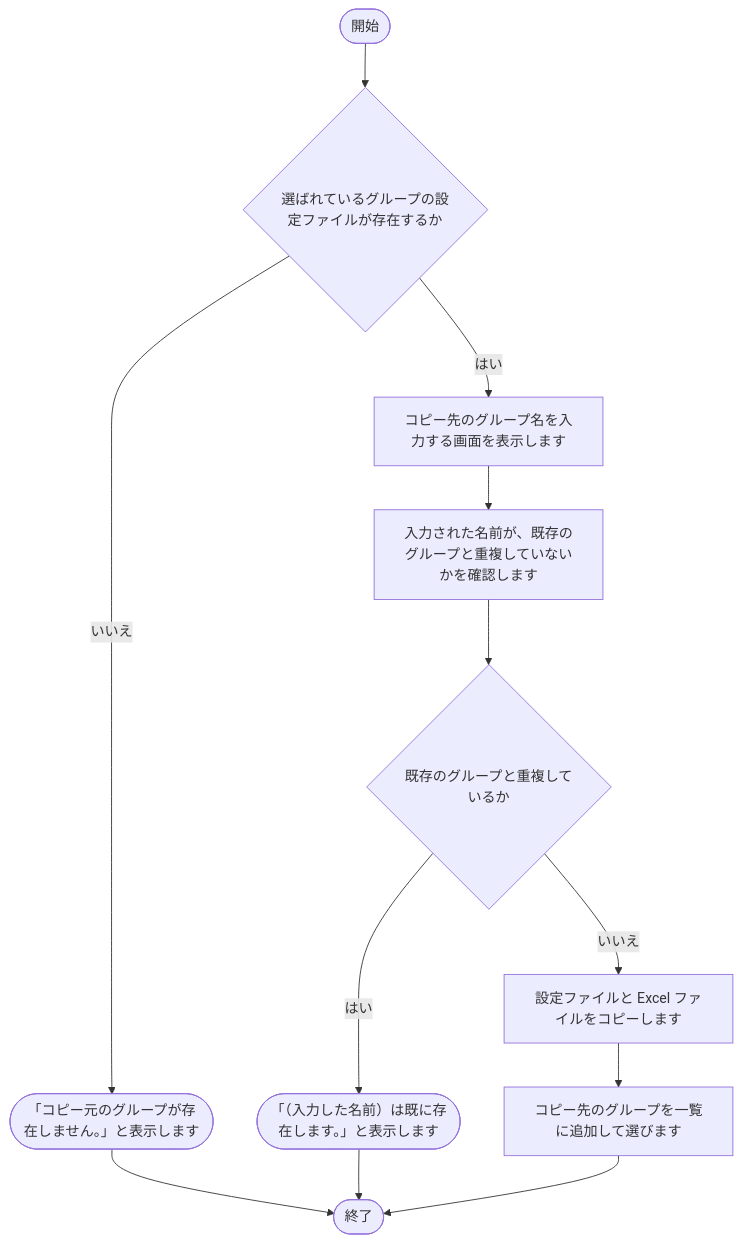
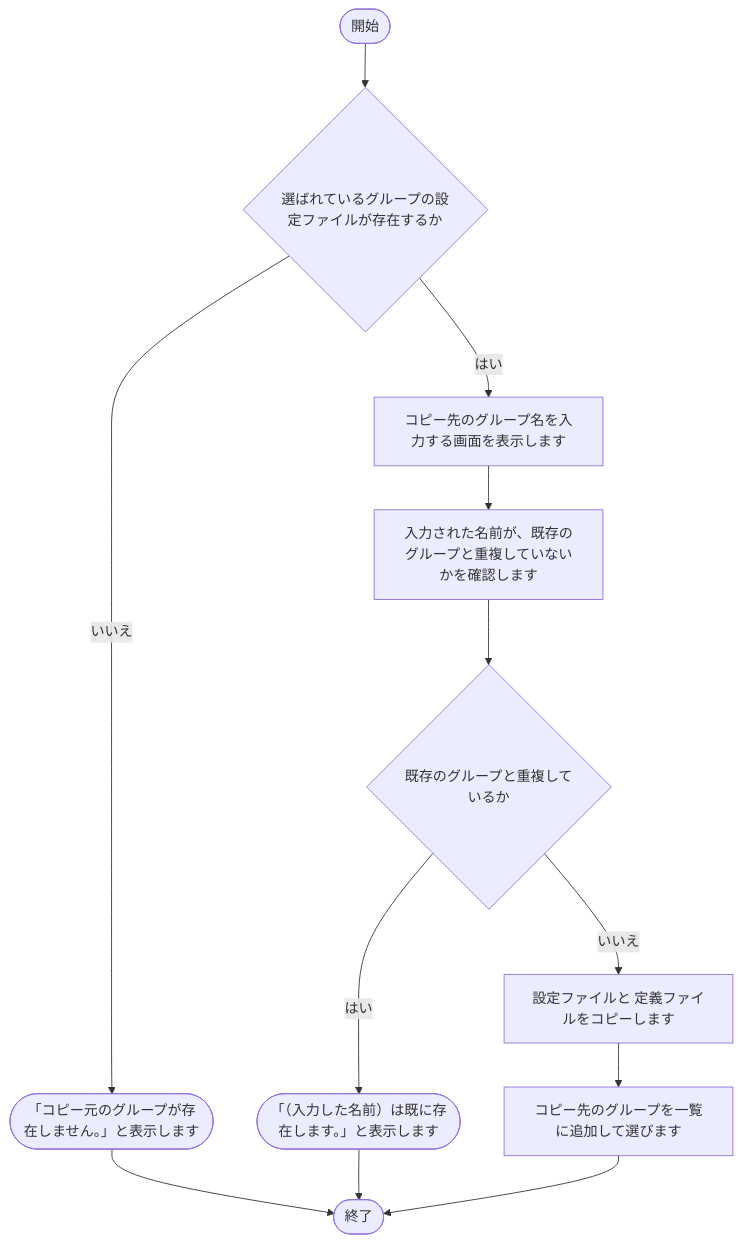
Before and after one commit to nishida2073/project_management: diagram 14 of 28 in tool/track-aggregator/doc/02_設計/処理フロー.md, drawn with Mermaid. The commit also changed other lines of this file and 78 other files, not shown here.

````diff
--- a/tool/track-aggregator/doc/02_設計/処理フロー.md
+++ b/tool/track-aggregator/doc/02_設計/処理フロー.md
@@ -374,24 +374,24 @@
 ```mermaid
 flowchart TD
     S(["開始"])
     E(["終了"])
     N1{"選ばれているグループの設定ファイルが存在するか"}
     S --> N1
     X1(["「コピー元のグループが存在しません。」と表示します"])
     N1 -- いいえ --> X1
     X1 --> E
     N2["コピー先のグループ名を入力する画面を表示します"]
     N1 -- はい --> N2
     N3["入力された名前が、既存のグループと重複していないかを確認します"]
     N2 --> N3
     N6{"既存のグループと重複しているか"}
     N3 --> N6
     X6(["「（入力した名前）は既に存在します。」と表示します"])
     N6 -- はい --> X6
     X6 --> E
-    N4["設定ファイルと Excel ファイルをコピーします"]
+    N4["設定ファイルと 定義ファイルをコピーします"]
     N6 -- いいえ --> N4
     N5["コピー先のグループを一覧に追加して選びます"]
     N4 --> N5
     N5 --> E
 ```
````
